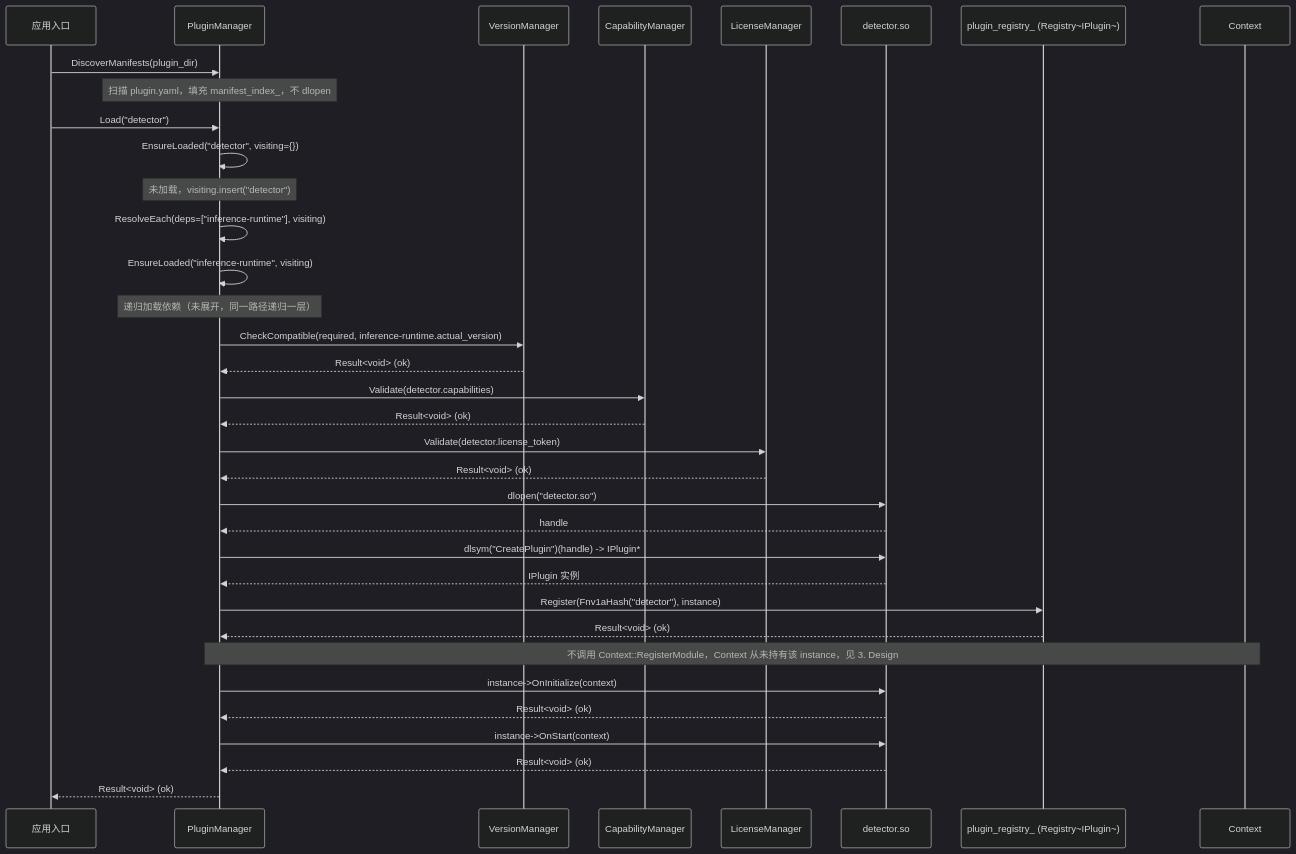
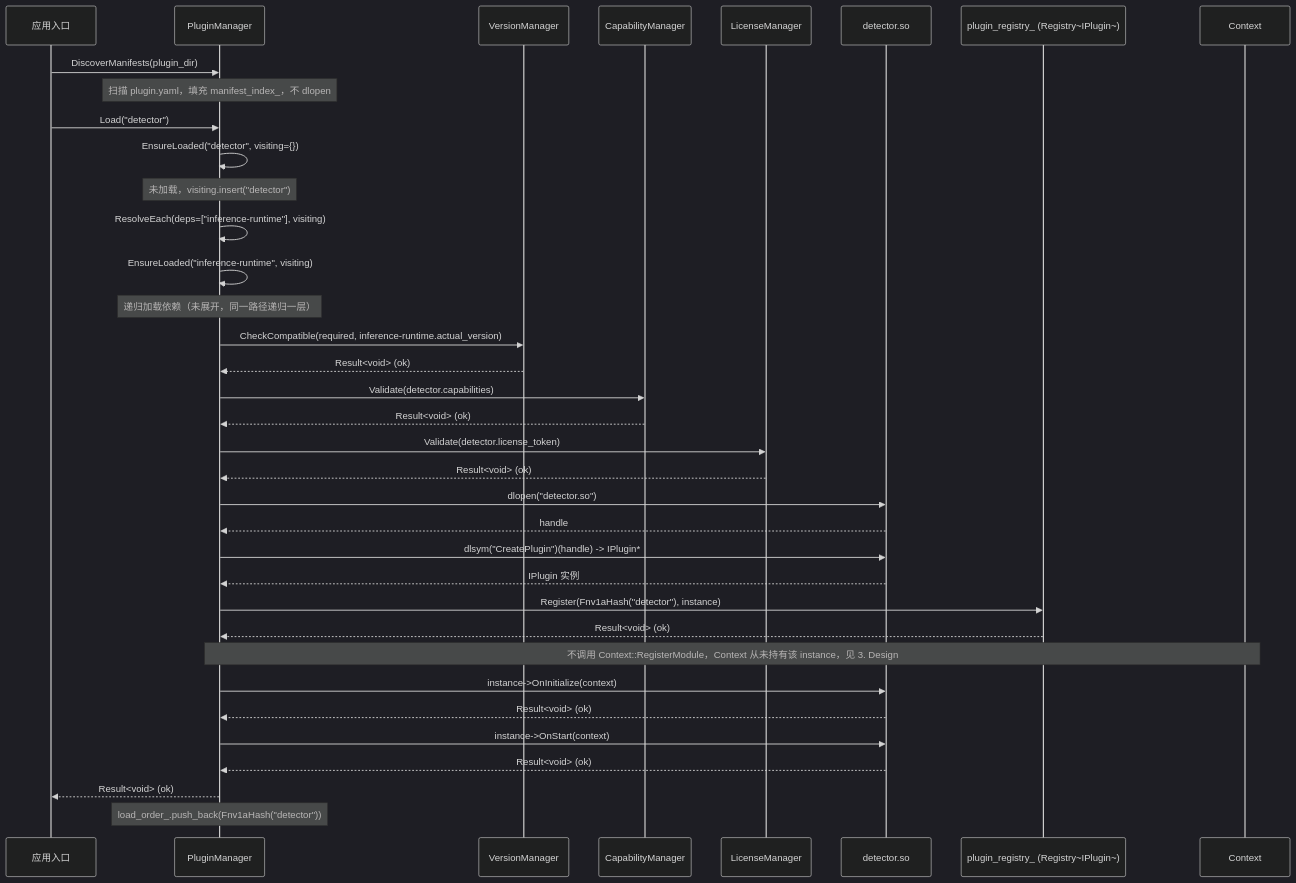
Before and after one commit to celien99/surface-ai: the second of 3 diagrams in docs/surface-ai/design/milestone-01-foundation/1.3-core-plugin-system.md, drawn with Mermaid (dark theme). The commit also changed other lines of this file and 2 other files, not shown here.

````diff
--- a/docs/surface-ai/design/milestone-01-foundation/1.3-core-plugin-system.md
+++ b/docs/surface-ai/design/milestone-01-foundation/1.3-core-plugin-system.md
@@ -452,40 +512,41 @@
 ```mermaid
 sequenceDiagram
     participant Main as 应用入口
     participant PM as PluginManager
     participant Ver as VersionManager
     participant Cap as CapabilityManager
     participant Lic as LicenseManager
     participant So as detector.so
     participant Reg as plugin_registry_ (Registry~IPlugin~)
     participant Ctx as Context
 
     Main->>PM: DiscoverManifests(plugin_dir)
     Note over PM: 扫描 plugin.yaml，填充 manifest_index_，不 dlopen
 
     Main->>PM: Load("detector")
     PM->>PM: EnsureLoaded("detector", visiting={})
     Note over PM: 未加载，visiting.insert("detector")
     PM->>PM: ResolveEach(deps=["inference-runtime"], visiting)
     PM->>PM: EnsureLoaded("inference-runtime", visiting)
     Note over PM: 递归加载依赖（未展开，同一路径递归一层）
     PM->>Ver: CheckCompatible(required, inference-runtime.actual_version)
     Ver-->>PM: Result<void> (ok)
 
     PM->>Cap: Validate(detector.capabilities)
     Cap-->>PM: Result<void> (ok)
     PM->>Lic: Validate(detector.license_token)
     Lic-->>PM: Result<void> (ok)
     PM->>So: dlopen("detector.so")
     So-->>PM: handle
     PM->>So: dlsym("CreatePlugin")(handle) -> IPlugin*
     So-->>PM: IPlugin 实例
     PM->>Reg: Register(Fnv1aHash("detector"), instance)
     Reg-->>PM: Result<void> (ok)
     Note over PM,Ctx: 不调用 Context::RegisterModule，Context 从未持有该 instance，见 3. Design
     PM->>So: instance->OnInitialize(context)
     So-->>PM: Result<void> (ok)
     PM->>So: instance->OnStart(context)
     So-->>PM: Result<void> (ok)
     PM-->>Main: Result<void> (ok)
+    Note over PM: load_order_.push_back(Fnv1aHash("detector"))
 ```
````
